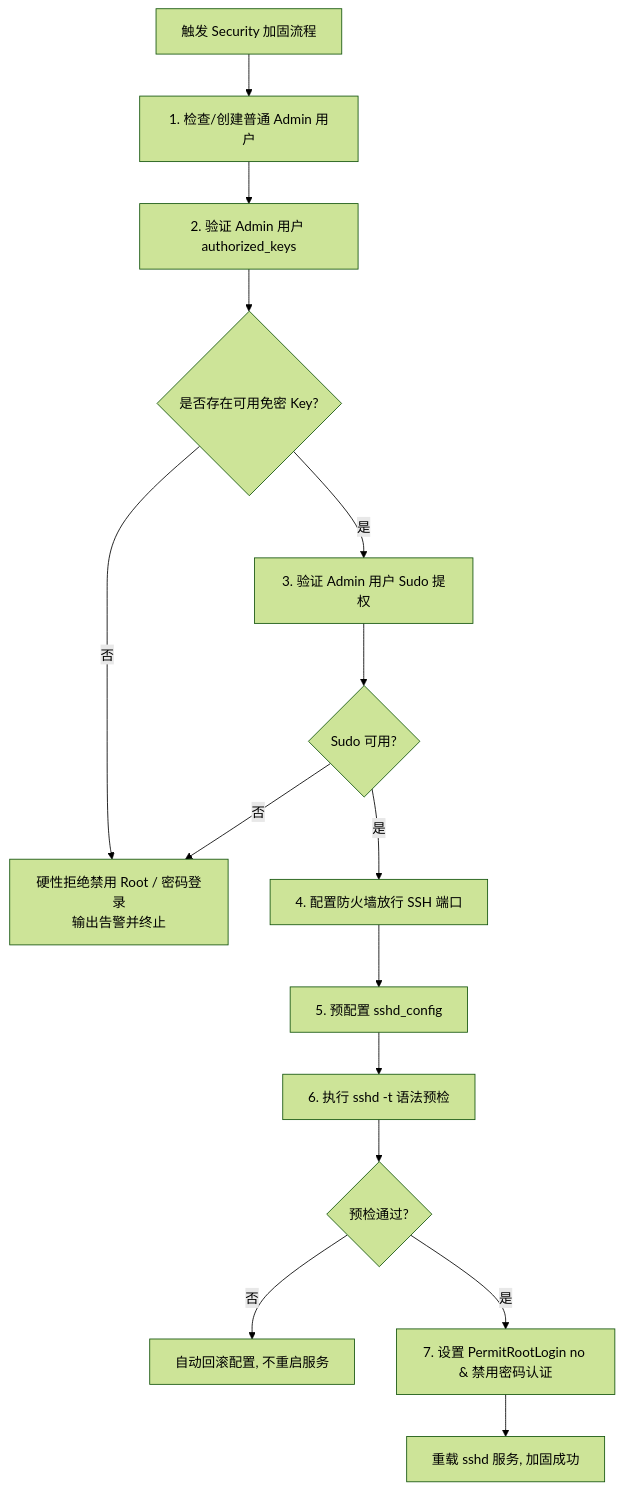
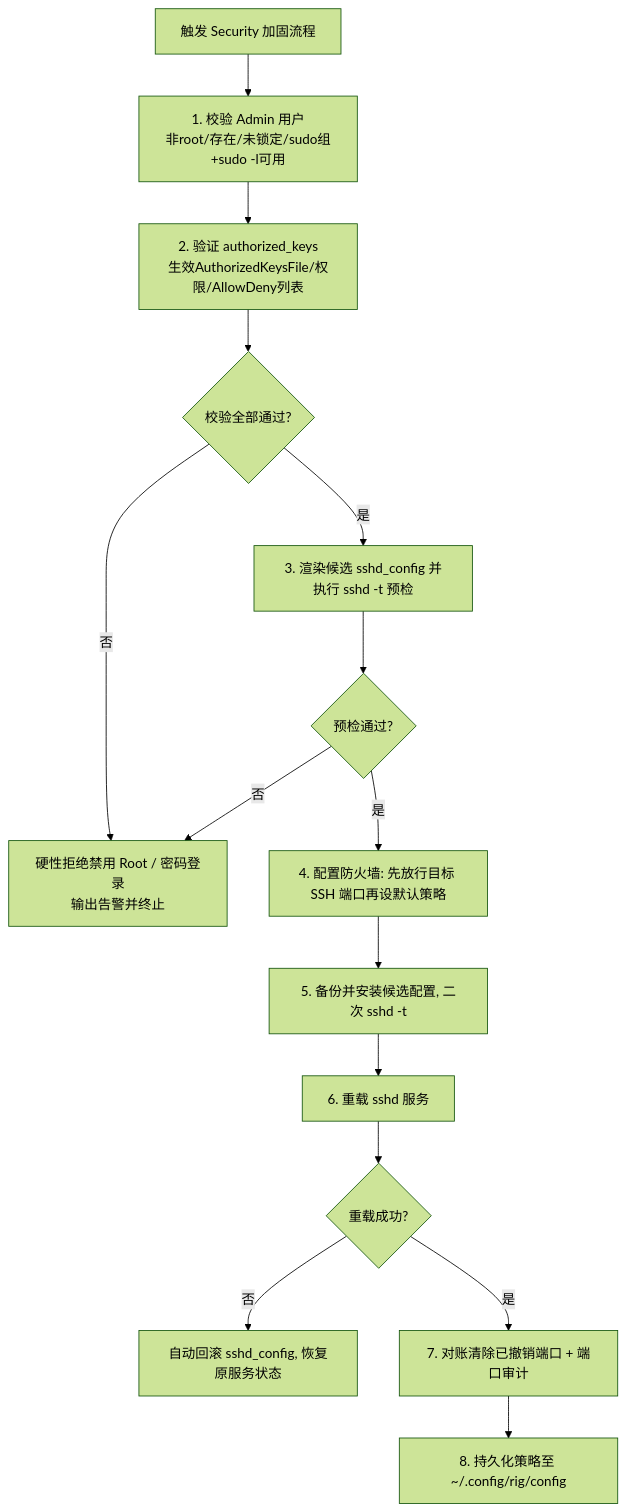
Before and after one commit to DieRingedesSaturn/rig: the second of 4 diagrams in AGENTS.md, drawn with Mermaid (forest theme). The commit also changed other lines of this file and 28 other files, not shown here.

````diff
--- a/AGENTS.md
+++ b/AGENTS.md
@@ -70,17 +70,17 @@
 ```mermaid
 flowchart TD
-    S0[触发 Security 加固流程] --> S1[1. 检查/创建普通 Admin 用户]
-    S1 --> S2[2. 验证 Admin 用户 authorized_keys]
-    S2 --> S3{是否存在可用免密 Key?}
+    S0[触发 Security 加固流程] --> S1[1. 校验 Admin 用户\n非root/存在/未锁定/sudo组+sudo -l可用]
+    S1 --> S2[2. 验证 authorized_keys\n生效AuthorizedKeysFile/权限/AllowDeny列表]
+    S2 --> S3{校验全部通过?}
     S3 -- 否 --> S4[硬性拒绝禁用 Root / 密码登录\n输出告警并终止]
-    S3 -- 是 --> S5[3. 验证 Admin 用户 Sudo 提权]
-    S5 --> S6{Sudo 可用?}
+    S3 -- 是 --> S5[3. 渲染候选 sshd_config 并执行 sshd -t 预检]
+    S5 --> S6{预检通过?}
     S6 -- 否 --> S4
-    S6 -- 是 --> S7[4. 配置防火墙放行 SSH 端口]
-    S7 --> S8[5. 预配置 sshd_config]
-    S8 --> S9[6. 执行 sshd -t 语法预检]
-    S9 --> S10{预检通过?}
-    S10 -- 否 --> S11[自动回滚配置, 不重启服务]
-    S10 -- 是 --> S12[7. 设置 PermitRootLogin no & 禁用密码认证]
-    S12 --> S13[重载 sshd 服务, 加固成功]
+    S6 -- 是 --> S7[4. 配置防火墙: 先放行目标 SSH 端口再设默认策略]
+    S7 --> S8[5. 备份并安装候选配置, 二次 sshd -t]
+    S8 --> S9[6. 重载 sshd 服务]
+    S9 --> S10{重载成功?}
+    S10 -- 否 --> S11[自动回滚 sshd_config, 恢复原服务状态]
+    S10 -- 是 --> S12[7. 对账清除已撤销端口 + 端口审计]
+    S12 --> S13[8. 持久化策略至 ~/.config/rig/config]
 ```
````
